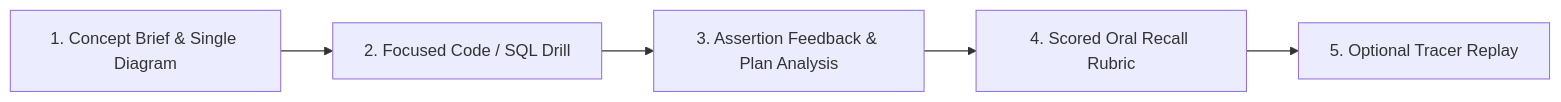
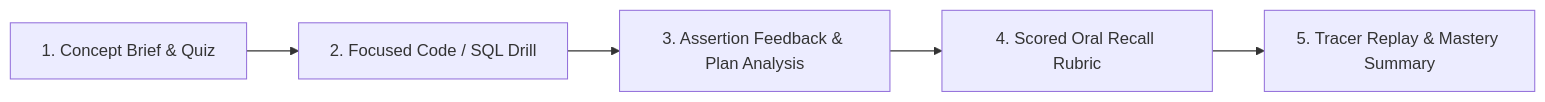
The second of 2 diagrams in README.md (farisdanish/syscraft), drawn with Mermaid before and after one commit. The commit also changed other lines of this file, not shown here.

Commit message:
docs: update README with active curriculum catalog and remove phased roadmap

````diff
--- a/README.md
+++ b/README.md
@@ -64,7 +64,7 @@
 ```mermaid
 flowchart LR
-    S1[1. Concept Brief & Single Diagram] --> S2[2. Focused Code / SQL Drill]
+    S1[1. Concept Brief & Quiz] --> S2[2. Focused Code / SQL Drill]
     S2 --> S3[3. Assertion Feedback & Plan Analysis]
     S3 --> S4[4. Scored Oral Recall Rubric]
-    S4 --> S5[5. Optional Tracer Replay]
+    S4 --> S5[5. Tracer Replay & Mastery Summary]
 ```
````
